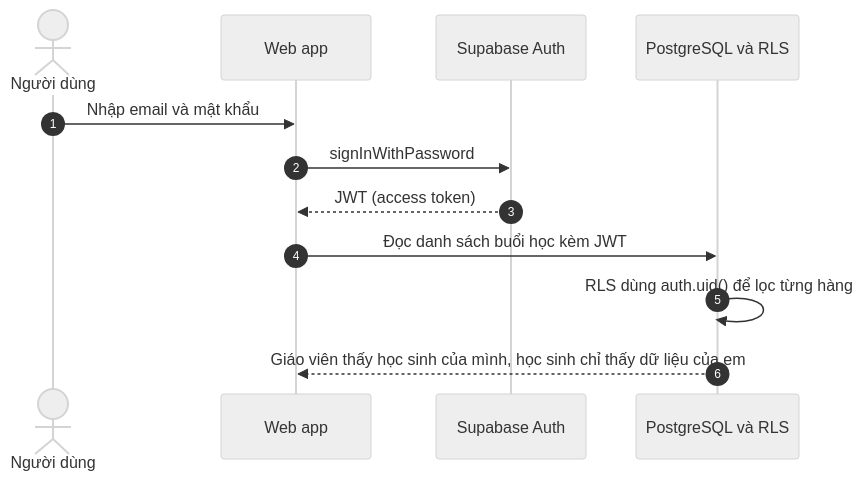
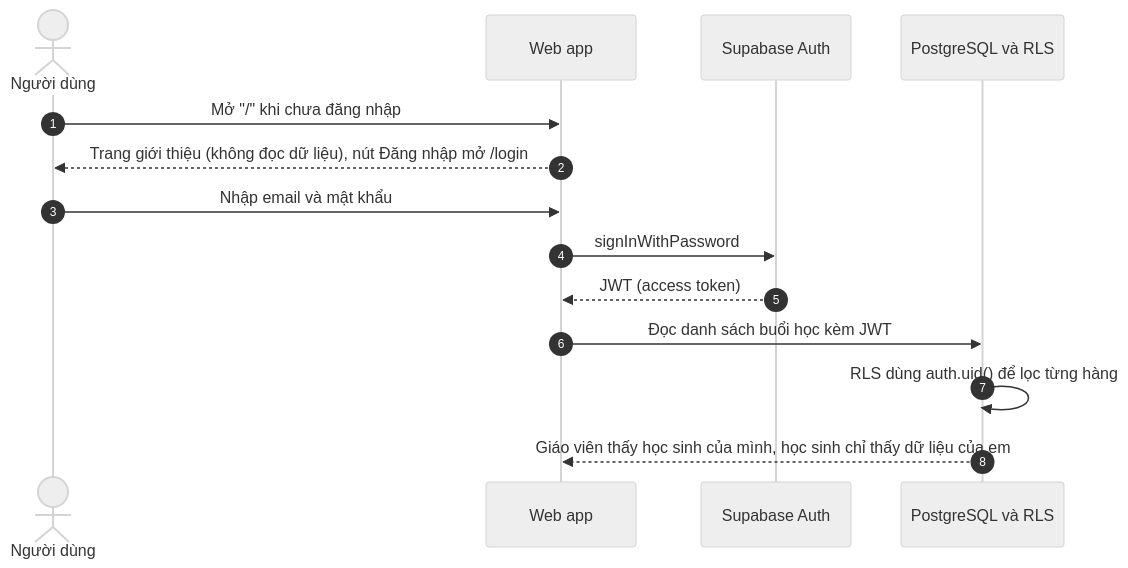
The second of 15 diagrams in docs/flows.md (TrungTuyenDo02/Web_teaching_online), drawn with Mermaid (neutral theme) before and after one commit. The commit also changed other lines of this file and 193 other files, not shown here.

````diff
--- a/docs/flows.md
+++ b/docs/flows.md
@@ -42,14 +44,16 @@
 ```mermaid
 sequenceDiagram
   autonumber
   actor U as Người dùng
   participant W as Web app
   participant A as Supabase Auth
   participant DB as PostgreSQL và RLS
+  U->>W: Mở "/" khi chưa đăng nhập
+  W-->>U: Trang giới thiệu (không đọc dữ liệu), nút Đăng nhập mở /login
   U->>W: Nhập email và mật khẩu
   W->>A: signInWithPassword
   A-->>W: JWT (access token)
   W->>DB: Đọc danh sách buổi học kèm JWT
   DB->>DB: RLS dùng auth.uid() để lọc từng hàng
   DB-->>W: Giáo viên thấy học sinh của mình, học sinh chỉ thấy dữ liệu của em
 ```
````
